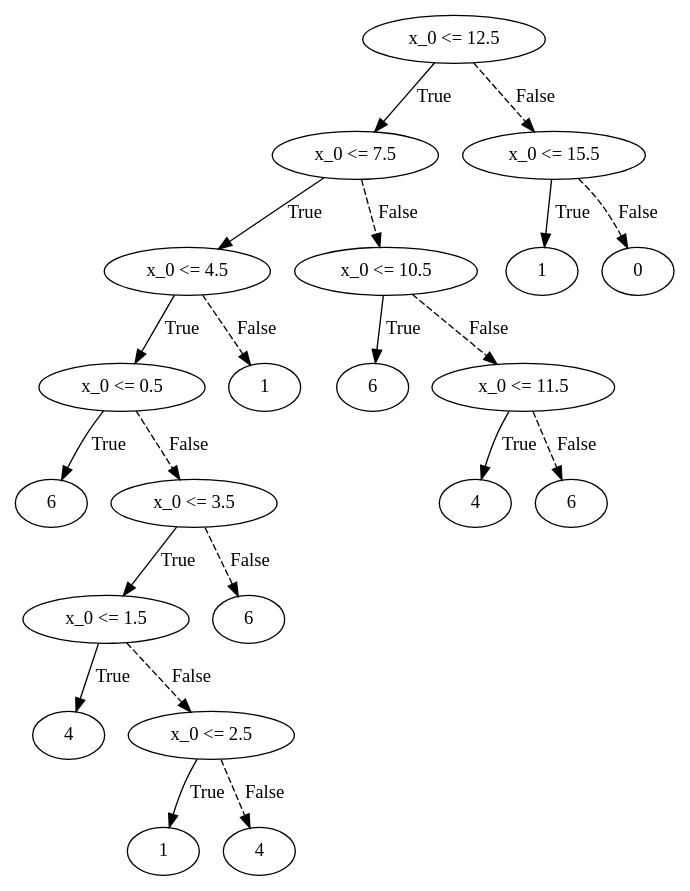
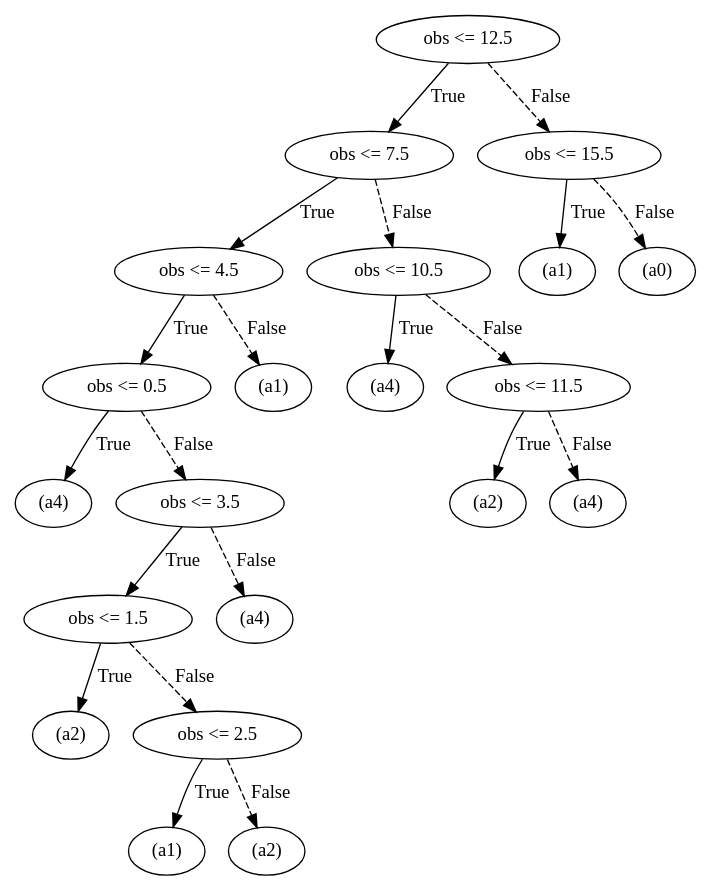
Before and after one commit to muqsit-azeem/pomdp-explainable-strategies: the diagram in quantitative/explainable-fsc/hallway2-cutoffstrategy/schedulers/11/default.dot, drawn with Graphviz. The commit also changed 1006 other files, not shown here.

```diff
--- a/quantitative/explainable-fsc/hallway2-cutoffstrategy/schedulers/11/default.dot
+++ b/quantitative/explainable-fsc/hallway2-cutoffstrategy/schedulers/11/default.dot
@@ -1,44 +1,44 @@
 digraph {
-0 [label="x_0 <= 12.5"];
-1 [label="x_0 <= 7.5"];
-2 [label="x_0 <= 4.5"];
-3 [label="x_0 <= 0.5"];
-4 [label="6"];
+0 [label="obs <= 12.5"];
+1 [label="obs <= 7.5"];
+2 [label="obs <= 4.5"];
+3 [label="obs <= 0.5"];
+4 [label="(a4)"];
 3 -> 4 [label="True"];
-5 [label="x_0 <= 3.5"];
-6 [label="x_0 <= 1.5"];
-7 [label="4"];
+5 [label="obs <= 3.5"];
+6 [label="obs <= 1.5"];
+7 [label="(a2)"];
 6 -> 7 [label="True"];
-8 [label="x_0 <= 2.5"];
-9 [label="1"];
+8 [label="obs <= 2.5"];
+9 [label="(a1)"];
 8 -> 9 [label="True"];
-10 [label="4"];
+10 [label="(a2)"];
 8 -> 10 [style="dashed", label="False"];
 6 -> 8 [style="dashed", label="False"];
 5 -> 6 [label="True"];
-11 [label="6"];
+11 [label="(a4)"];
 5 -> 11 [style="dashed", label="False"];
 3 -> 5 [style="dashed", label="False"];
 2 -> 3 [label="True"];
-12 [label="1"];
+12 [label="(a1)"];
 2 -> 12 [style="dashed", label="False"];
 1 -> 2 [label="True"];
-13 [label="x_0 <= 10.5"];
-14 [label="6"];
+13 [label="obs <= 10.5"];
+14 [label="(a4)"];
 13 -> 14 [label="True"];
-15 [label="x_0 <= 11.5"];
-16 [label="4"];
+15 [label="obs <= 11.5"];
+16 [label="(a2)"];
 15 -> 16 [label="True"];
-17 [label="6"];
+17 [label="(a4)"];
 15 -> 17 [style="dashed", label="False"];
 13 -> 15 [style="dashed", label="False"];
 1 -> 13 [style="dashed", label="False"];
 0 -> 1 [label="True"];
-18 [label="x_0 <= 15.5"];
-19 [label="1"];
+18 [label="obs <= 15.5"];
+19 [label="(a1)"];
 18 -> 19 [label="True"];
-20 [label="0"];
+20 [label="(a0)"];
 18 -> 20 [style="dashed", label="False"];
 0 -> 18 [style="dashed", label="False"];
 
 }
```
